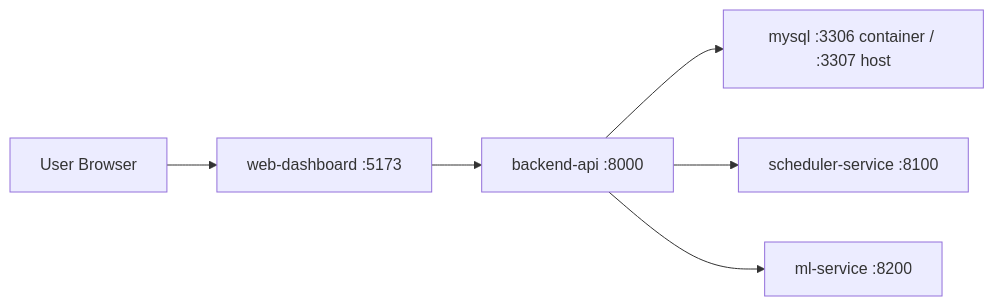
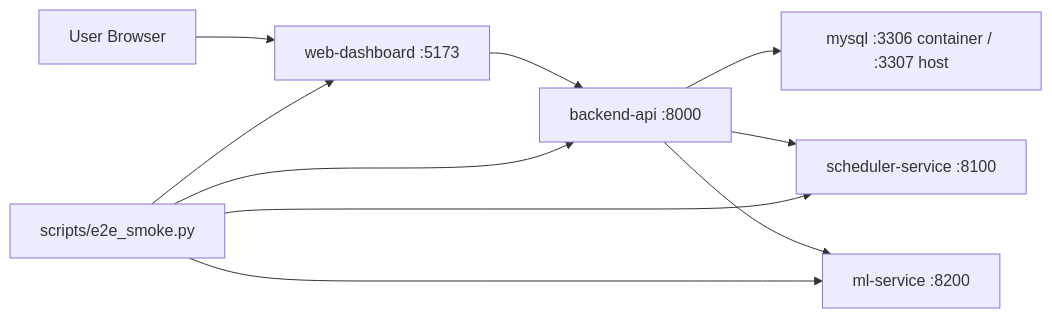
Before and after one commit to cdexswzaq0110/Ordostack: the diagram in ARCHITECTURE.md, drawn with Mermaid. The commit also changed other lines of this file and 8 other files, not shown here.

````diff
--- a/ARCHITECTURE.md
+++ b/ARCHITECTURE.md
@@ -5,8 +5,12 @@
 ```mermaid
 flowchart LR
   user["User Browser"] --> dashboard["web-dashboard :5173"]
   dashboard --> api["backend-api :8000"]
   api --> db["mysql :3306 container / :3307 host"]
   api --> scheduler["scheduler-service :8100"]
   api --> ml["ml-service :8200"]
+  smoke["scripts/e2e_smoke.py"] --> dashboard
+  smoke --> api
+  smoke --> scheduler
+  smoke --> ml
 ```
````
